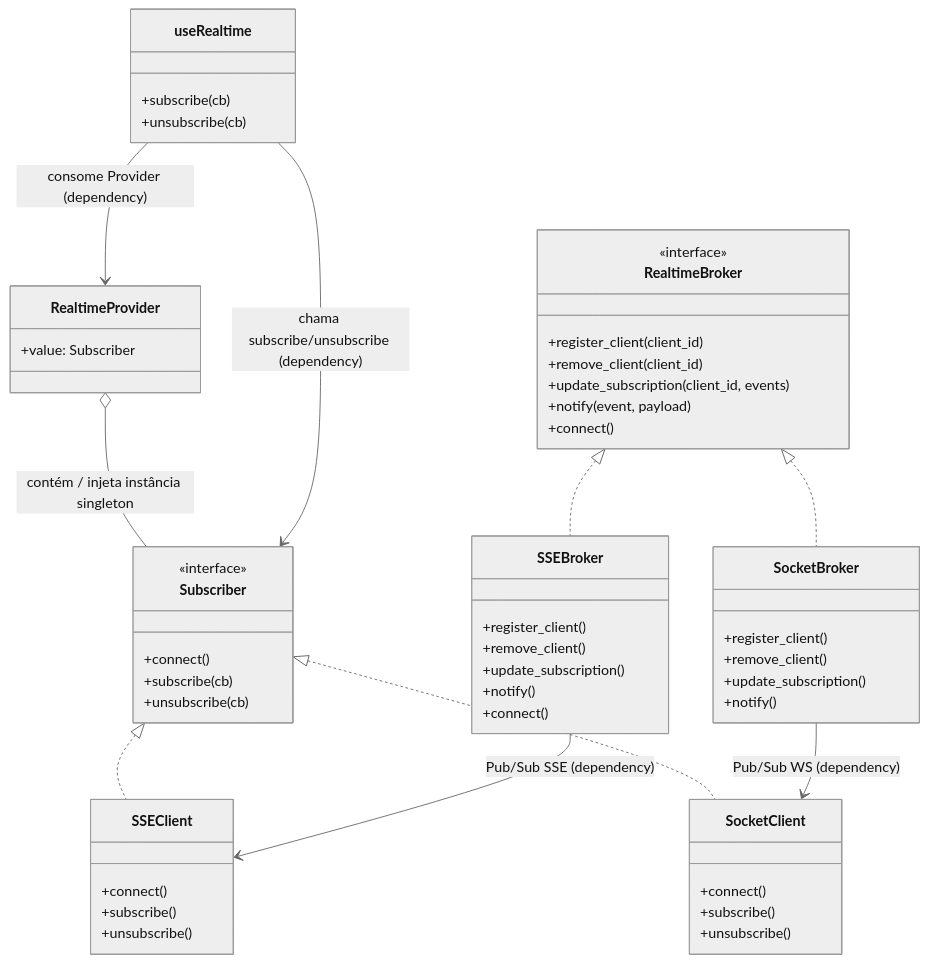
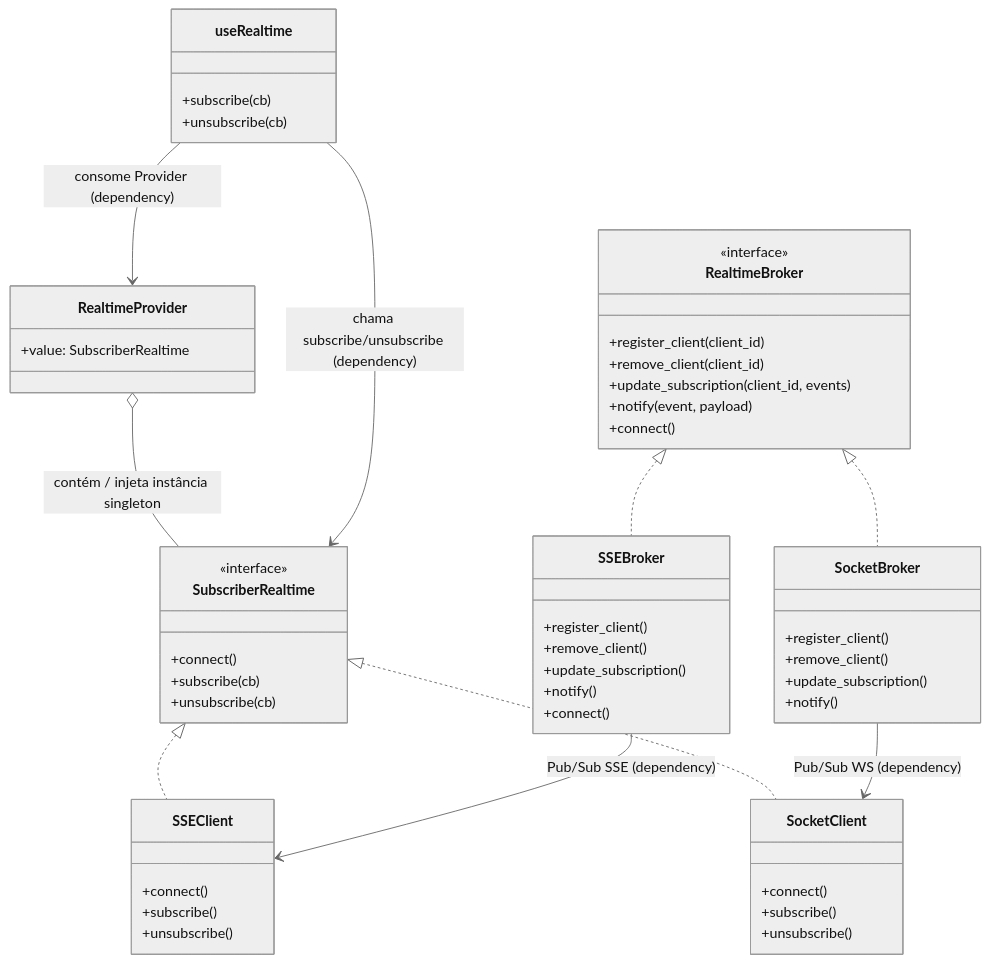
Before and after one commit to LiloMarino/SimuladorFinanceiro: the diagram in CONTRIBUTING.md, drawn with Mermaid (neutral theme). The commit also changed 12 other files, not shown here.

````diff
--- a/CONTRIBUTING.md
+++ b/CONTRIBUTING.md
@@ -129,75 +129,75 @@
 ```mermaid
 classDiagram
 %% Interfaces
 class RealtimeBroker {
   <<interface>>
   +register_client(client_id)
   +remove_client(client_id)
   +update_subscription(client_id, events)
   +notify(event, payload)
   +connect()
 }
 
-class Subscriber {
+class SubscriberRealtime {
   <<interface>>
   +connect()
   +subscribe(cb)
   +unsubscribe(cb)
 }
 
 %% Implementações backend
 class SSEBroker {
   +register_client()
   +remove_client()
   +update_subscription()
   +notify()
   +connect()
 }
 
 class SocketBroker {
   +register_client()
   +remove_client()
   +update_subscription()
   +notify()
 }
 
 %% Implementações frontend
 class SSEClient {
   +connect()
   +subscribe()
   +unsubscribe()
 }
 
 class SocketClient {
   +connect()
   +subscribe()
   +unsubscribe()
 }
 
 %% Provider + Hook
 class RealtimeProvider {
-  +value: Subscriber
+  +value: SubscriberRealtime
 }
 
 class useRealtime {
   +subscribe(cb)
   +unsubscribe(cb)
 }
 
 %% Relações de implementação
 RealtimeBroker <|.. SSEBroker
 RealtimeBroker <|.. SocketBroker
-Subscriber <|.. SSEClient
-Subscriber <|.. SocketClient
+SubscriberRealtime <|.. SSEClient
+SubscriberRealtime <|.. SocketClient
 
 %% Relações frontend
-RealtimeProvider o-- Subscriber : contém / injeta instância singleton
+RealtimeProvider o-- SubscriberRealtime : contém / injeta instância singleton
 useRealtime --> RealtimeProvider : consome Provider (dependency)
-useRealtime --> Subscriber : chama subscribe/unsubscribe (dependency)
+useRealtime --> SubscriberRealtime : chama subscribe/unsubscribe (dependency)
 
 %% Comunicação pub/sub entre front e back
 SSEBroker --> SSEClient : Pub/Sub SSE (dependency)
 SocketBroker --> SocketClient : Pub/Sub WS (dependency)
 
 
 ```
````
